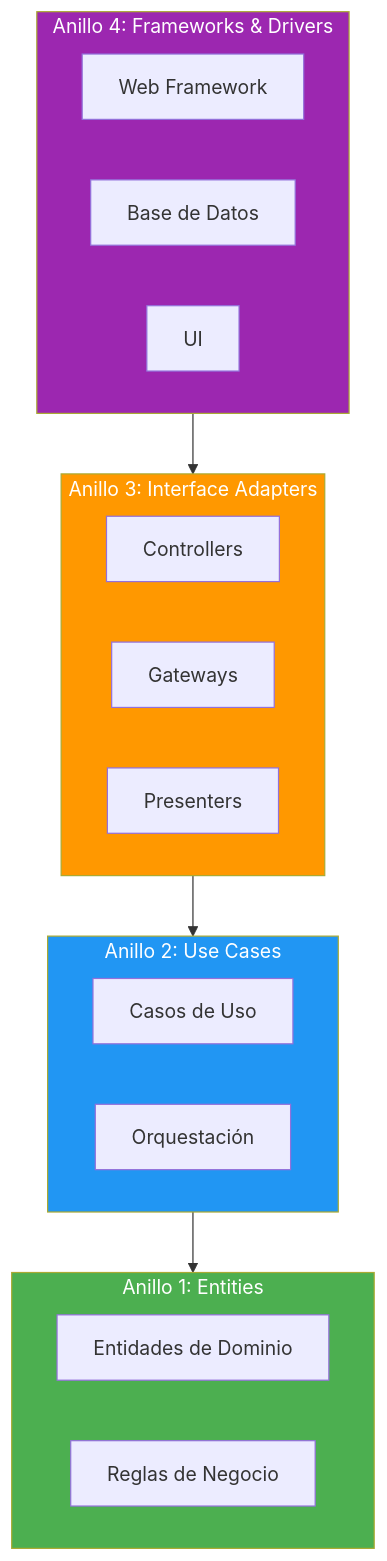
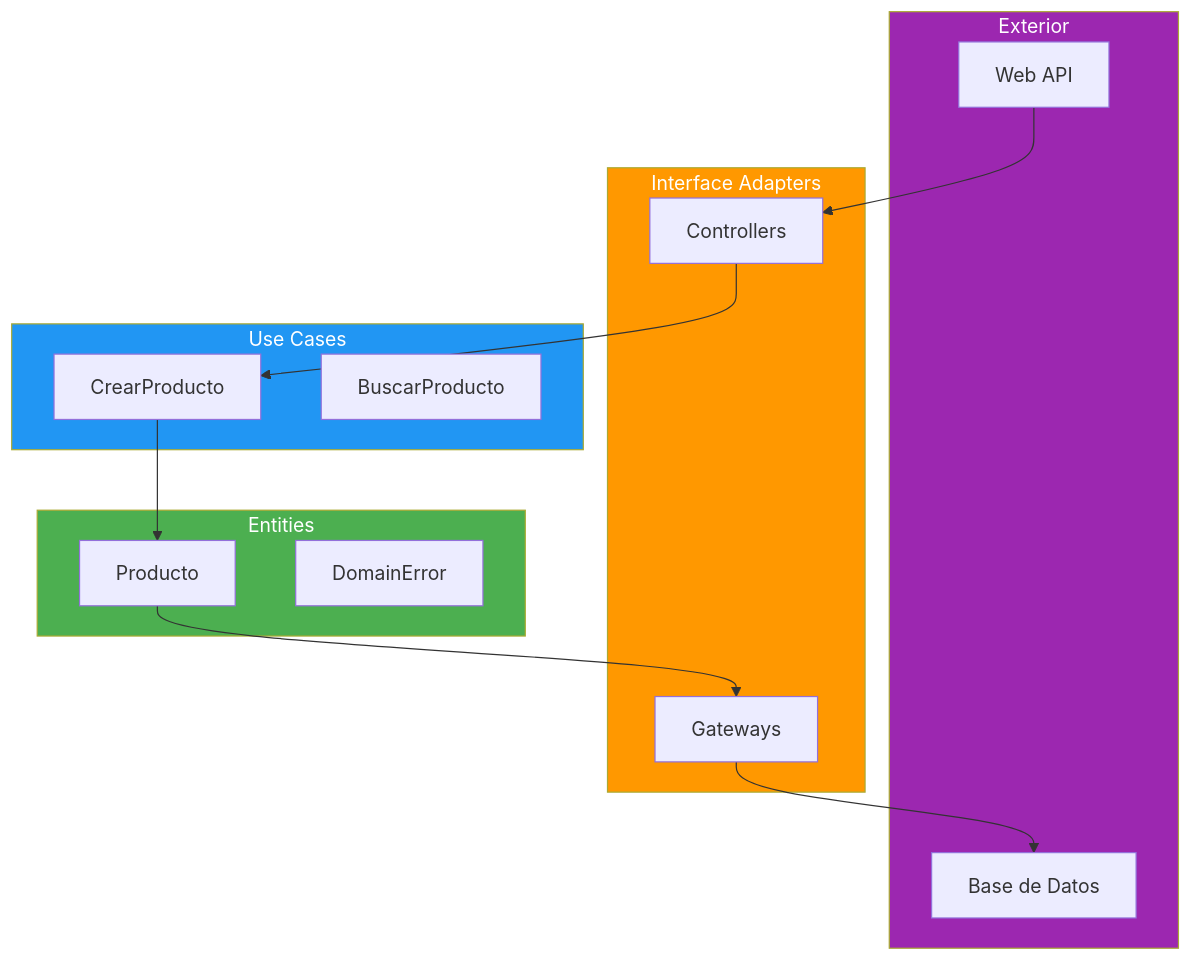
One commit to joseluisgs/DesarrolloWebEntornosServidor-02-2026-2027 changed the third of 5 diagrams in 11-clean-architecture.md. Above: the diagram before and after it, drawn with Mermaid. The commit also changed other lines of this file and 1 other file, not shown here.

Commit message:
[fix] Punto 10: añadir Reto. Punto 11: reescribir con estilo correcto (Buenas prácticas, Reto, Mermaid, 📌 Ejemplo real)

````diff
--- a/11-clean-architecture.md
+++ b/11-clean-architecture.md
@@ -273,31 +238,33 @@
 ```mermaid
 flowchart TB
-    subgraph ANILLO1["Anillo 1: Entities"]
-        E1["Entidades de Dominio"]
-        E2["Reglas de Negocio"]
+    subgraph EXTERIOR["Exterior"]
+        WEB["Web API"]
+        DB["Base de Datos"]
     end
 
-    subgraph ANILLO2["Anillo 2: Use Cases"]
-        U1["Casos de Uso"]
-        U2["Orquestación"]
+    subgraph ADAPTERS["Interface Adapters"]
+        CTRL["Controllers"]
+        GW["Gateways"]
     end
 
-    subgraph ANILLO3["Anillo 3: Interface Adapters"]
-        A1["Controllers"]
-        A2["Gateways"]
-        A3["Presenters"]
+    subgraph USECASES["Use Cases"]
+        UC1["CrearProducto"]
+        UC2["BuscarProducto"]
     end
 
-    subgraph ANILLO4["Anillo 4: Frameworks & Drivers"]
-        F1["Web Framework"]
-        F2["Base de Datos"]
-        F3["UI"]
+    subgraph ENTITIES["Entities"]
+        ENT1["Producto"]
+        ENT2["DomainError"]
     end
 
-    ANILLO4 --> ANILLO3 --> ANILLO2 --> ANILLO1
+    WEB --> CTRL
+    CTRL --> UC1
+    UC1 --> ENT1
+    ENT1 --> GW
+    GW --> DB
 
-    style ANILLO1 fill:#4CAF50,color:#fff
-    style ANILLO2 fill:#2196F3,color:#fff
-    style ANILLO3 fill:#FF9800,color:#fff
-    style ANILLO4 fill:#9C27B0,color:#fff
+    style ENTITIES fill:#4CAF50,color:#fff
+    style USECASES fill:#2196F3,color:#fff
+    style ADAPTERS fill:#FF9800,color:#fff
+    style EXTERIOR fill:#9C27B0,color:#fff
 ```
````
